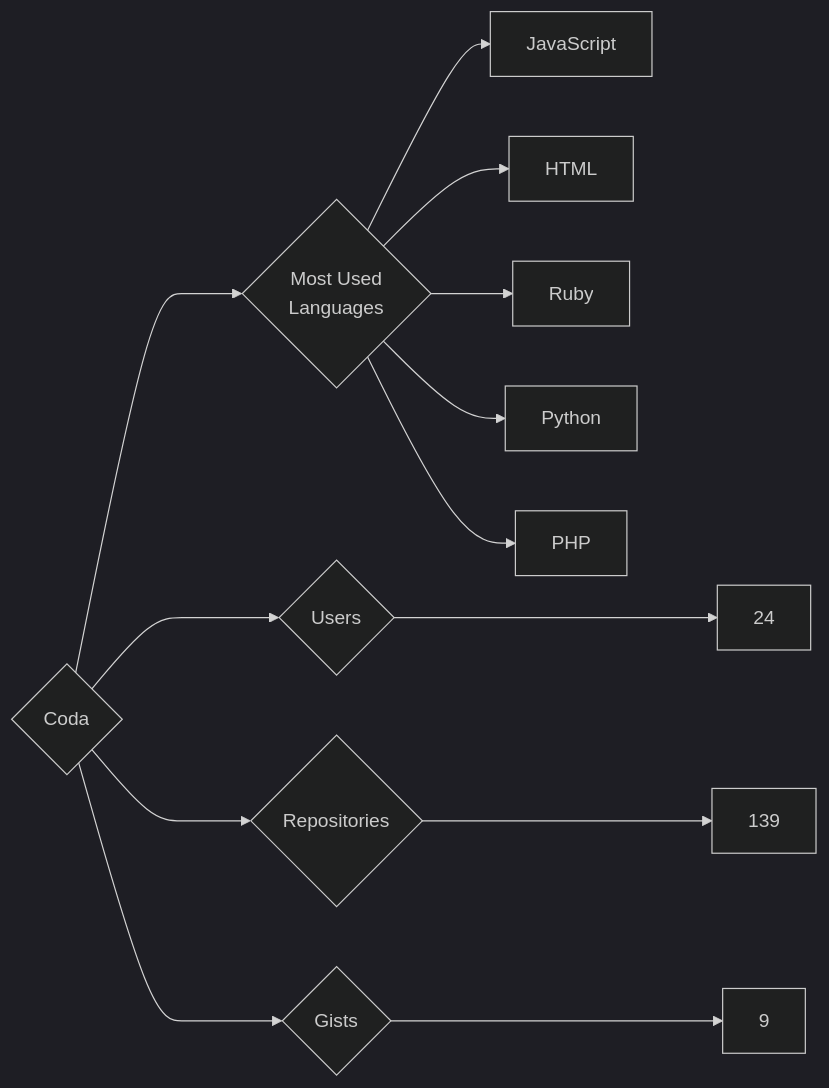
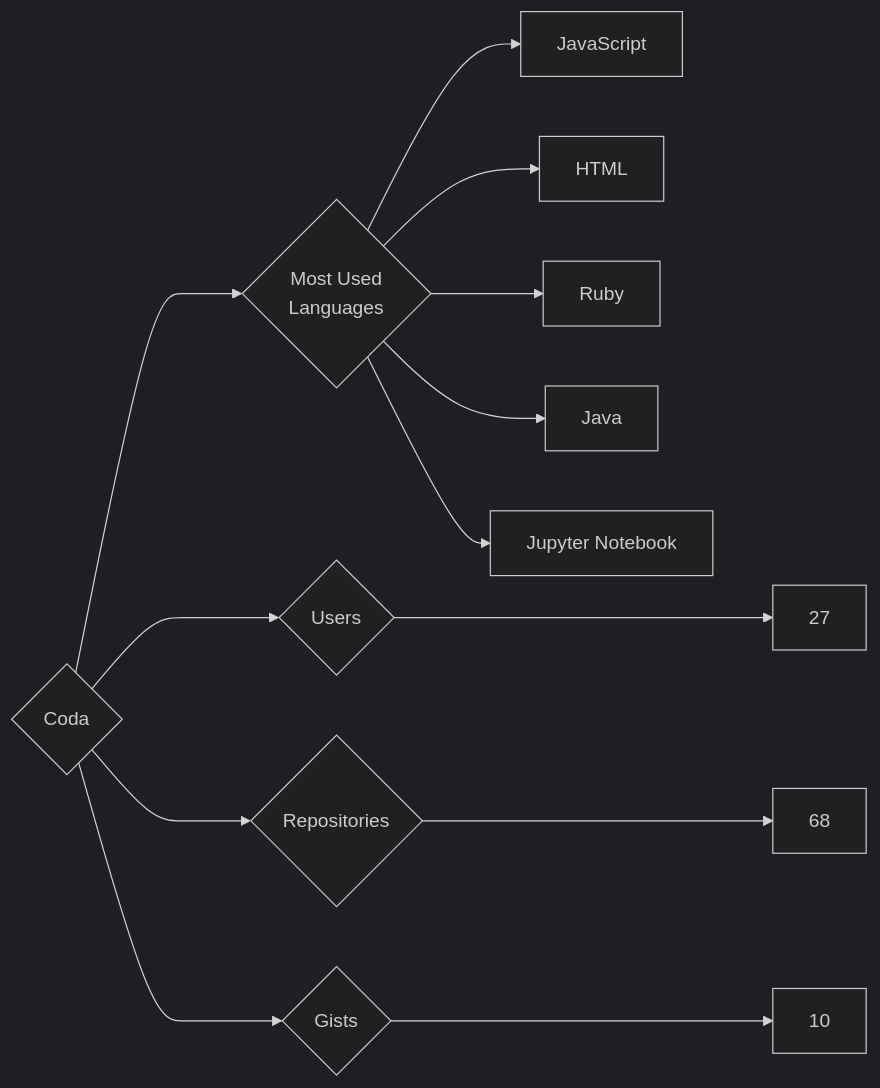
One commit to trickest/insiders changed the diagram in targets/Coda/README.md. Above: the diagram before and after it, drawn with Mermaid (dark theme). The commit also changed 861 other files, not shown here.

````diff
--- a/targets/Coda/README.md
+++ b/targets/Coda/README.md
@@ -3,13 +3,13 @@
 ```mermaid
 graph LR
 COMPANY_NAME{Coda}
-COMPANY_NAME ---> U{Users} ---> UN[24]
-COMPANY_NAME ---> R{Repositories} ---> RN[139]
-COMPANY_NAME ---> G{Gists} ---> GN[9]
+COMPANY_NAME ---> U{Users} ---> UN[27]
+COMPANY_NAME ---> R{Repositories} ---> RN[68]
+COMPANY_NAME ---> G{Gists} ---> GN[10]
 COMPANY_NAME ---> ML{Most Used<br>Languages}
 ML --> JavaScript[JavaScript]
 ML --> HTML[HTML]
 ML --> Ruby[Ruby]
-ML --> Python[Python]
-ML --> PHP[PHP]
+ML --> Java[Java]
+ML --> Jupyter_Notebook[Jupyter Notebook]
 ```
````
